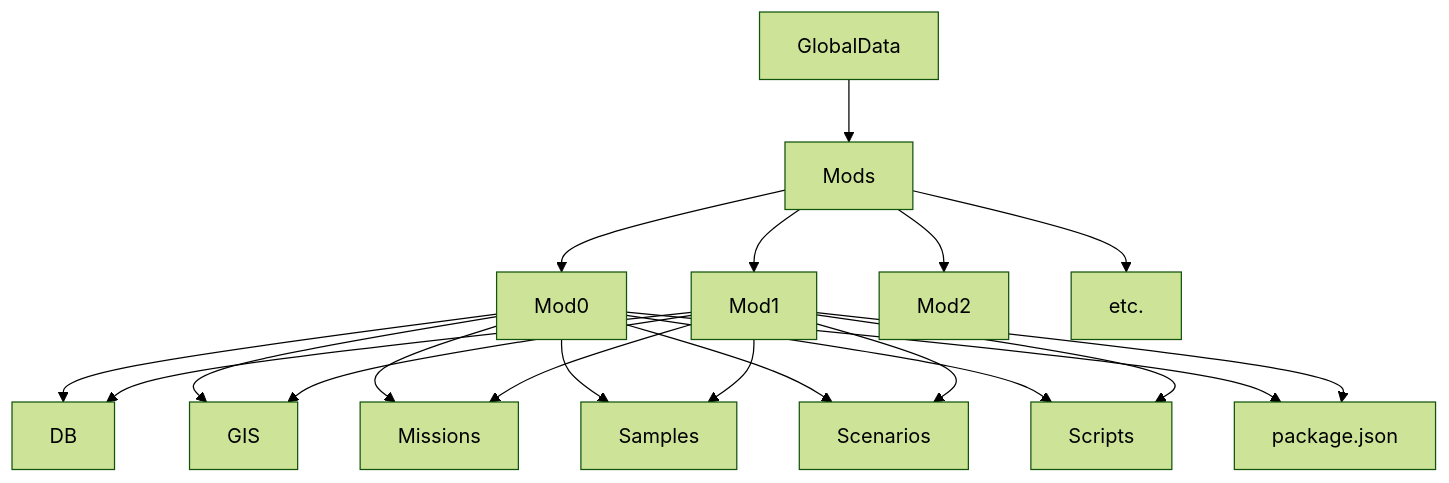
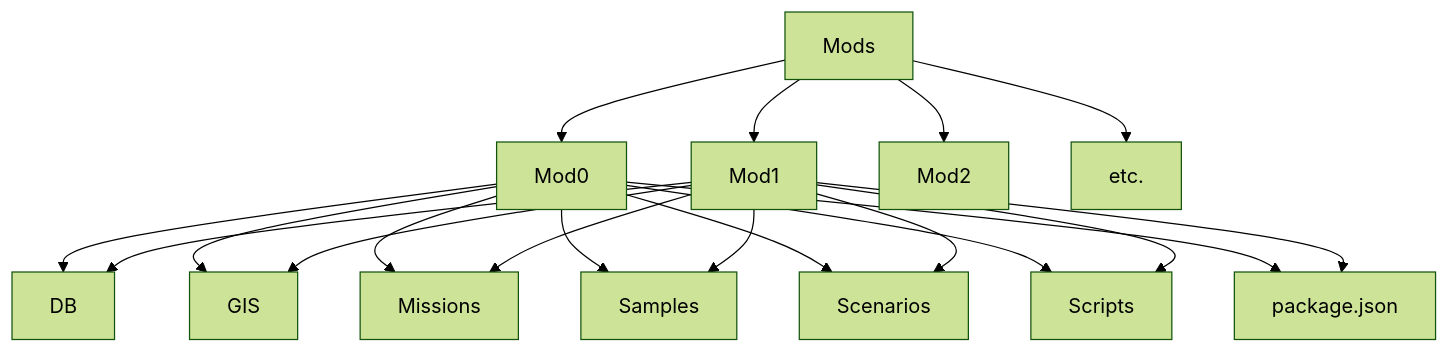
One commit to MaslasBros/modding changed the second of 2 diagrams in README.md. Above: the diagram before and after it, drawn with Mermaid (forest theme). The commit also changed other lines of this file, not shown here.

````diff
--- a/README.md
+++ b/README.md
@@ -24,21 +24,21 @@
 ```mermaid 
 flowchart TB
-    GlobalData --> Mods --> Mod0 --> DB
+    Mods --> Mod0 --> DB
     Mod0 --> GIS
     Mod0 --> Missions
     Mod0 --> Samples
     Mod0 --> Scenarios 
     Mod0 --> Scripts
     Mod0 --> package.json
 
     Mods --> Mod1 --> DB
     Mod1 --> GIS
     Mod1 --> Missions
     Mod1 --> Samples
     Mod1 --> Scenarios 
     Mod1 --> Scripts
     Mod1 --> package.json
 
     Mods --> Mod2
     Mods --> etc. 
 ```
````
